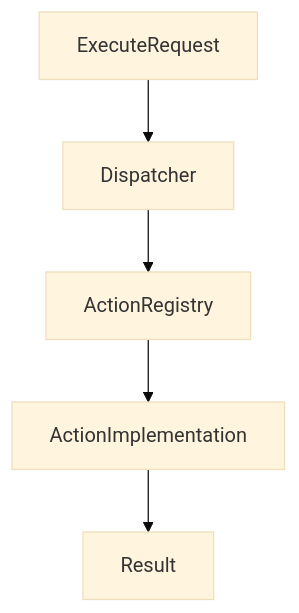
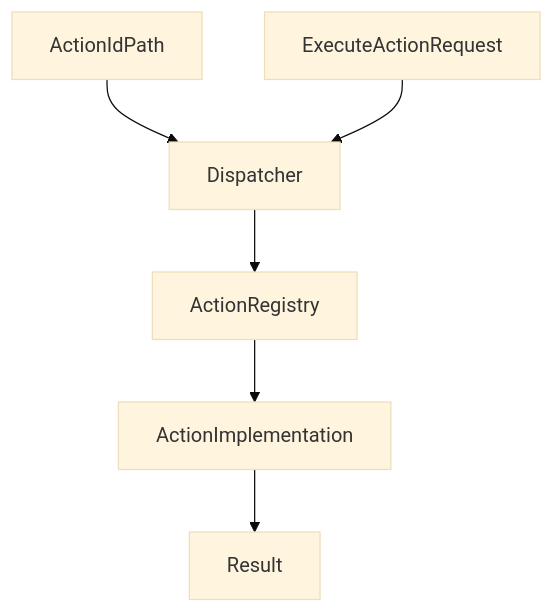
Before and after one commit to Libertocrat/seg: the third of 5 diagrams in docs/ARCHITECTURE.md, drawn with Mermaid (base theme). The commit also changed other lines of this file and 22 other files, not shown here.

````diff
--- a/docs/ARCHITECTURE.md
+++ b/docs/ARCHITECTURE.md
@@ -186,7 +187,8 @@
 ```mermaid
 flowchart TD
-ExecuteRequest --> Dispatcher
+ActionIdPath --> Dispatcher
+ExecuteActionRequest --> Dispatcher
 Dispatcher --> ActionRegistry
 ActionRegistry --> ActionImplementation
 ActionImplementation --> Result
 ```
````
